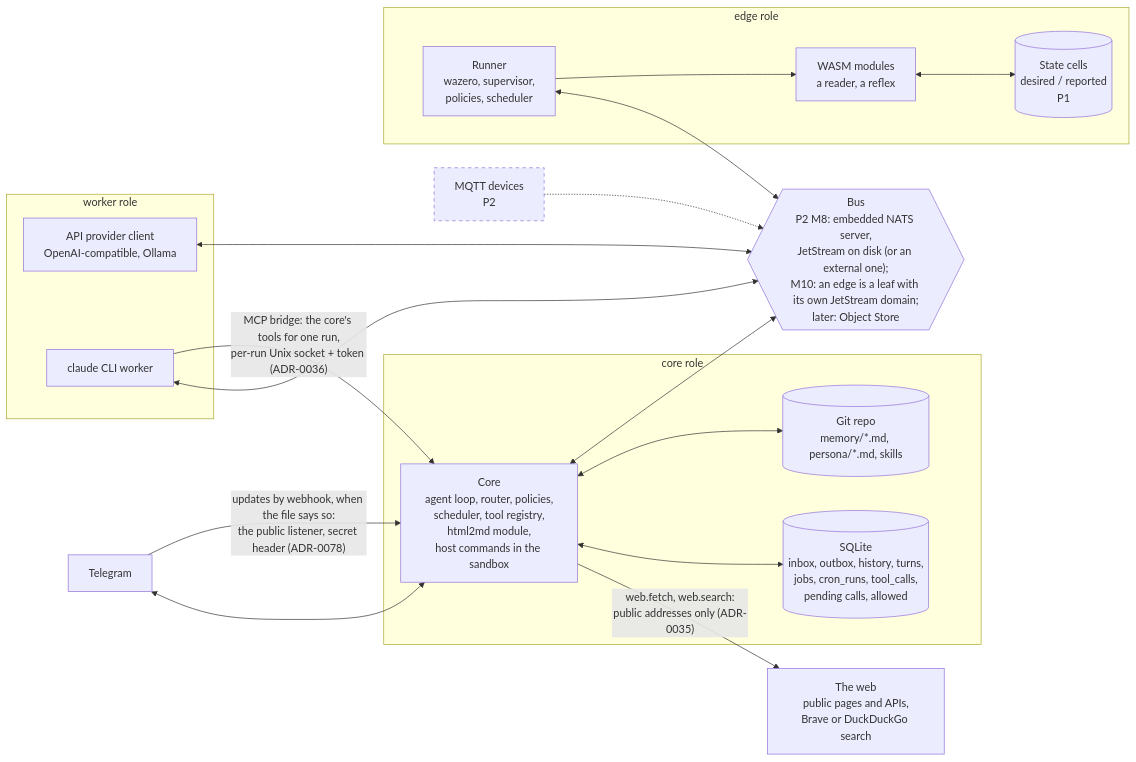
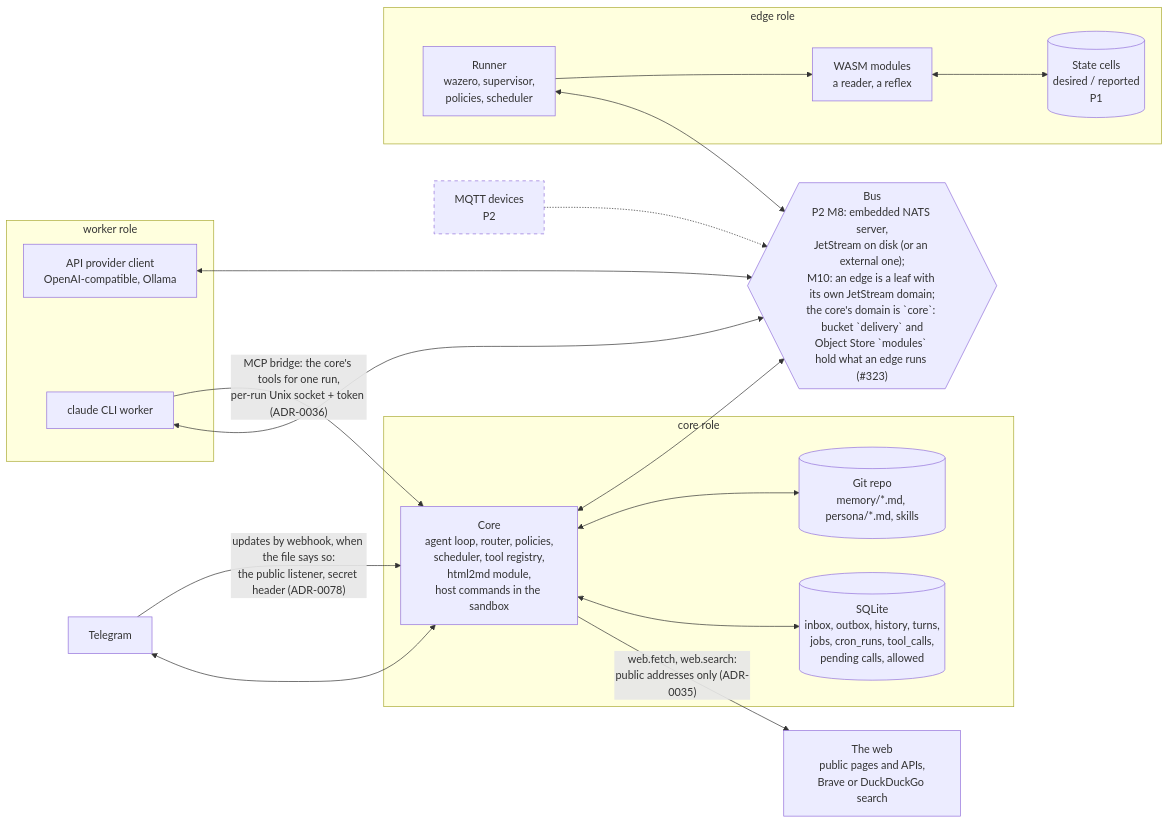
Before and after one commit to igorrius/ganglion: the first of 3 diagrams in docs/architecture/02-containers.md, drawn with Mermaid. The commit also changed other lines of this file and 41 other files, not shown here.

First line of the commit message:
bus, natsbus, edge, modhost, modstore: deliver modules to edges by desired state (#323)

````diff
--- a/docs/architecture/02-containers.md
+++ b/docs/architecture/02-containers.md
@@ -9,42 +9,42 @@
 ```mermaid
 flowchart LR
     tg["Telegram"]
     web["The web<br/>public pages and APIs,<br/>Brave or DuckDuckGo search"]
     mqttdev["MQTT devices<br/>P2"]
 
     subgraph corerole["core role"]
         corep["Core<br/>agent loop, router, policies,<br/>scheduler, tool registry,<br/>html2md module,<br/>host commands in the sandbox"]
         sqlite[("SQLite<br/>inbox, outbox, history, turns,<br/>jobs, cron_runs, tool_calls,<br/>pending calls, allowed")]
         memrepo[("Git repo<br/>memory/*.md, persona/*.md, skills")]
     end
 
     subgraph edgerole["edge role"]
         runner["Runner<br/>wazero, supervisor,<br/>policies, scheduler"]
         mods["WASM modules<br/>a reader, a reflex"]
         cells[("State cells<br/>desired / reported<br/>P1")]
     end
 
     subgraph workerrole["worker role"]
         api["API provider client<br/>OpenAI-compatible, Ollama"]
         cli["claude CLI worker"]
     end
 
-    bus{{"Bus<br/>P2 M8: embedded NATS server,<br/>JetStream on disk (or an external one);<br/>M10: an edge is a leaf with its own JetStream domain;<br/>later: Object Store"}}
+    bus{{"Bus<br/>P2 M8: embedded NATS server,<br/>JetStream on disk (or an external one);<br/>M10: an edge is a leaf with its own JetStream domain;<br/>the core's domain is `core`: bucket `delivery` and<br/>Object Store `modules` hold what an edge runs (#323)"}}
 
     tg <--> corep
     tg -- "updates by webhook, when the file says so:<br/>the public listener, secret header (ADR-0078)" --> corep
     corep -- "web.fetch, web.search:<br/>public addresses only (ADR-0035)" --> web
     corep <--> sqlite
     corep <--> memrepo
     corep <--> bus
     runner <--> bus
     runner --> mods
     mods <--> cells
     api <--> bus
     cli <--> bus
     cli -- "MCP bridge: the core's tools for one run,<br/>per-run Unix socket + token (ADR-0036)" --> corep
     mqttdev -.-> bus
 
     classDef planned stroke-dasharray: 5 5
     class mqttdev planned
 ```
````
